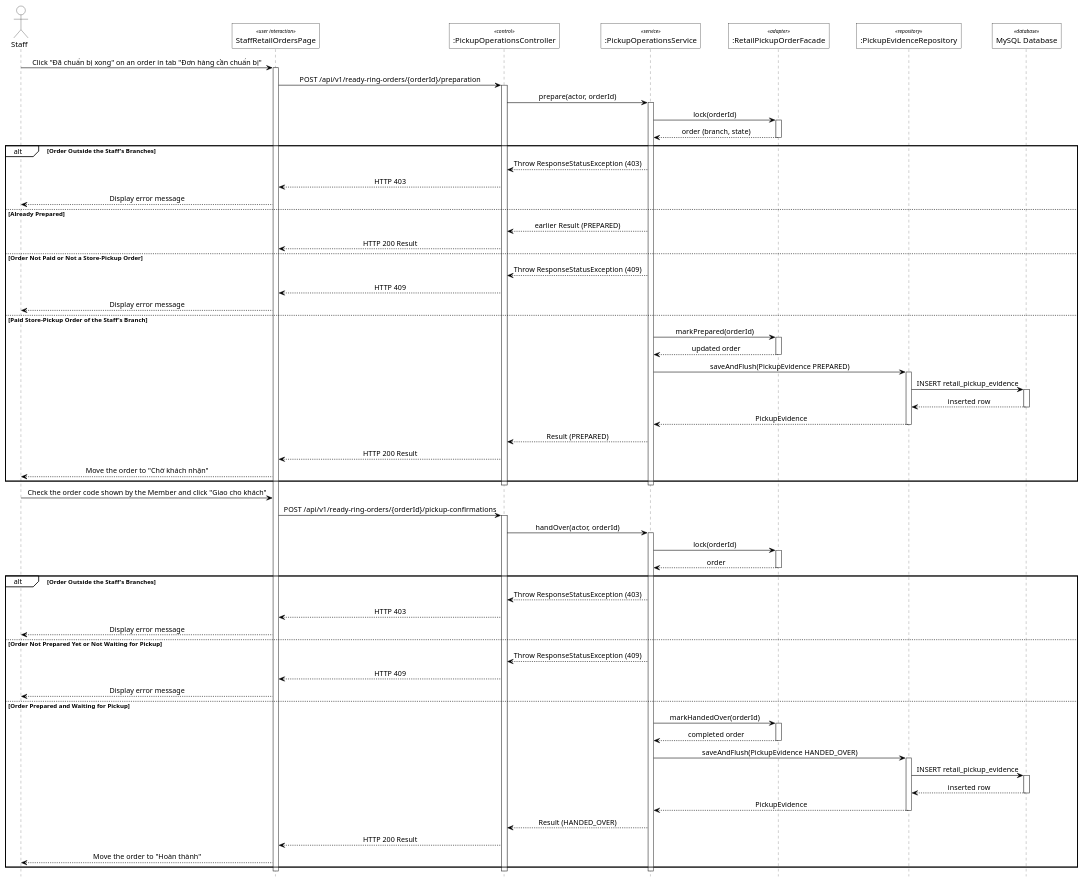
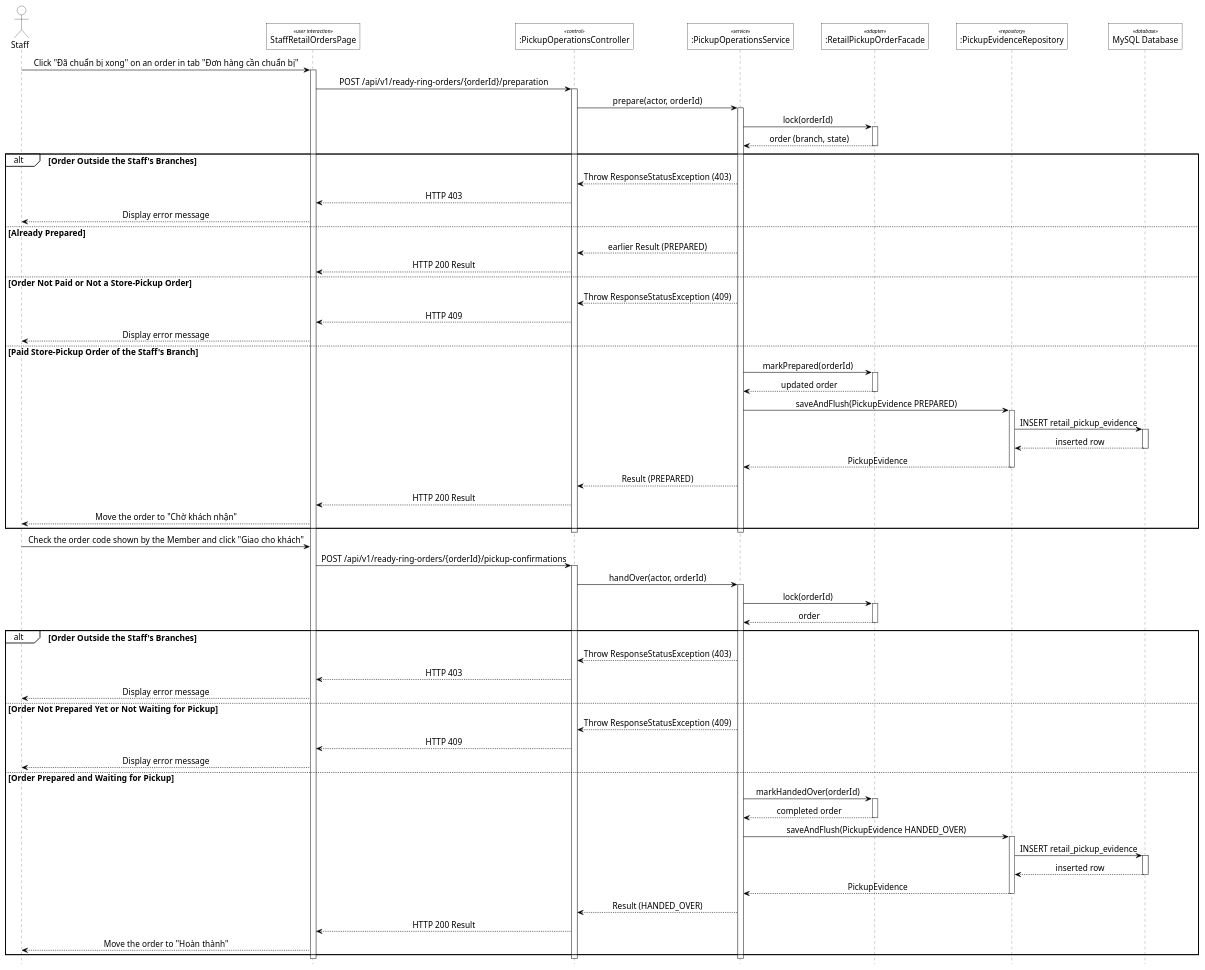
Before and after one commit to quoc-ca/mland-operations-hub: the diagram in documents/docs/report-4-software-design-specification/assets/diagrams/08-8-seq-pickup-vnpay-order.puml, drawn with PlantUML. The commit also changed 23 other files, not shown here.

Commit message:
update diagram rp 4

```diff
--- a/documents/docs/report-4-software-design-specification/assets/diagrams/08-8-seq-pickup-vnpay-order.puml
+++ b/documents/docs/report-4-software-design-specification/assets/diagrams/08-8-seq-pickup-vnpay-order.puml
@@ -1,108 +1,109 @@
 @startuml
 !pragma charset UTF-8
 hide footbox
 skinparam shadowing false
+skinparam defaultFontSize 15
 skinparam roundcorner 0
 skinparam sequenceMessageAlign center
 skinparam SequenceLifeLineBorderColor #555555
 skinparam SequenceLifeLineBackgroundColor #FFFFFF
 skinparam SequenceGroupBorderColor #000000
 skinparam SequenceGroupBackgroundColor #FFFFFF
 skinparam SequenceStereotypeFontSize 9
 skinparam SequenceStereotypeFontStyle italic
 skinparam ParticipantPadding 20
 skinparam BoxPadding 10
 skinparam ParticipantBackgroundColor #FFFFFF
 skinparam ParticipantBorderColor #000000
 skinparam ActorBackgroundColor #FFFFFF
 skinparam ActorBorderColor #000000
 skinparam ArrowColor #000000
 skinparam SequenceGroupHeaderFontStyle plain
 
 actor "Staff" as Staff
 participant "StaffRetailOrdersPage" as UI <<user interaction>>
 participant ":PickupOperationsController" as Ctl <<control>>
 participant ":PickupOperationsService" as Svc <<service>>
 participant ":RetailPickupOrderFacade" as Orders <<adapter>>
 participant ":PickupEvidenceRepository" as Repo <<repository>>
 participant "MySQL Database" as DB <<database>>
 
 Staff -> UI : Click "Đã chuẩn bị xong" on an order in tab "Đơn hàng cần chuẩn bị"
 activate UI
 UI -> Ctl : POST /api/v1/ready-ring-orders/{orderId}/preparation
 activate Ctl
 Ctl -> Svc : prepare(actor, orderId)
 activate Svc
 Svc -> Orders : lock(orderId)
 activate Orders
 Orders --> Svc : order (branch, state)
 deactivate Orders
 alt Order Outside the Staff's Branches
   Svc --> Ctl : Throw ResponseStatusException (403)
   Ctl --> UI : HTTP 403
   UI --> Staff : Display error message
 else Already Prepared
   Svc --> Ctl : earlier Result (PREPARED)
   Ctl --> UI : HTTP 200 Result
 else Order Not Paid or Not a Store-Pickup Order
   Svc --> Ctl : Throw ResponseStatusException (409)
   Ctl --> UI : HTTP 409
   UI --> Staff : Display error message
 else Paid Store-Pickup Order of the Staff's Branch
   Svc -> Orders : markPrepared(orderId)
   activate Orders
   Orders --> Svc : updated order
   deactivate Orders
   Svc -> Repo : saveAndFlush(PickupEvidence PREPARED)
   activate Repo
   Repo -> DB : INSERT retail_pickup_evidence
   activate DB
   DB --> Repo : inserted row
   deactivate DB
   Repo --> Svc : PickupEvidence
   deactivate Repo
   Svc --> Ctl : Result (PREPARED)
   Ctl --> UI : HTTP 200 Result
   UI --> Staff : Move the order to "Chờ khách nhận"
 end
 deactivate Svc
 deactivate Ctl
 
 Staff -> UI : Check the order code shown by the Member and click "Giao cho khách"
 UI -> Ctl : POST /api/v1/ready-ring-orders/{orderId}/pickup-confirmations
 activate Ctl
 Ctl -> Svc : handOver(actor, orderId)
 activate Svc
 Svc -> Orders : lock(orderId)
 activate Orders
 Orders --> Svc : order
 deactivate Orders
 alt Order Outside the Staff's Branches
   Svc --> Ctl : Throw ResponseStatusException (403)
   Ctl --> UI : HTTP 403
   UI --> Staff : Display error message
 else Order Not Prepared Yet or Not Waiting for Pickup
   Svc --> Ctl : Throw ResponseStatusException (409)
   Ctl --> UI : HTTP 409
   UI --> Staff : Display error message
 else Order Prepared and Waiting for Pickup
   Svc -> Orders : markHandedOver(orderId)
   activate Orders
   Orders --> Svc : completed order
   deactivate Orders
   Svc -> Repo : saveAndFlush(PickupEvidence HANDED_OVER)
   activate Repo
   Repo -> DB : INSERT retail_pickup_evidence
   activate DB
   DB --> Repo : inserted row
   deactivate DB
   Repo --> Svc : PickupEvidence
   deactivate Repo
   Svc --> Ctl : Result (HANDED_OVER)
   Ctl --> UI : HTTP 200 Result
   UI --> Staff : Move the order to "Hoàn thành"
 end
 deactivate Svc
 deactivate Ctl
 deactivate UI
 @enduml
```
